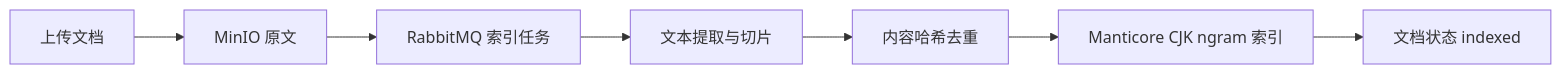
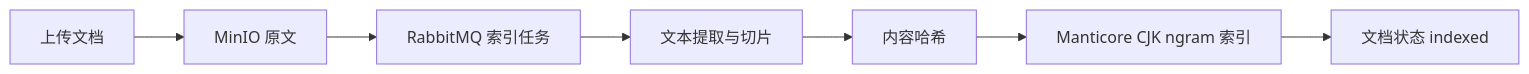
The diagram in doc/ai.md (2132691342/NovelWorkbench), drawn with Mermaid before and after one commit. The commit also changed other lines of this file and 148 other files, not shown here.

````diff
--- a/doc/ai.md
+++ b/doc/ai.md
@@ -98,9 +113,9 @@
 ```mermaid
 flowchart LR
   U[上传文档] --> M[MinIO 原文]
   M --> J[RabbitMQ 索引任务]
   J --> C[文本提取与切片]
-  C --> H[内容哈希去重]
+  C --> H[内容哈希]
   H --> I[Manticore CJK ngram 索引]
   I --> D[文档状态 indexed]
 ```
````
